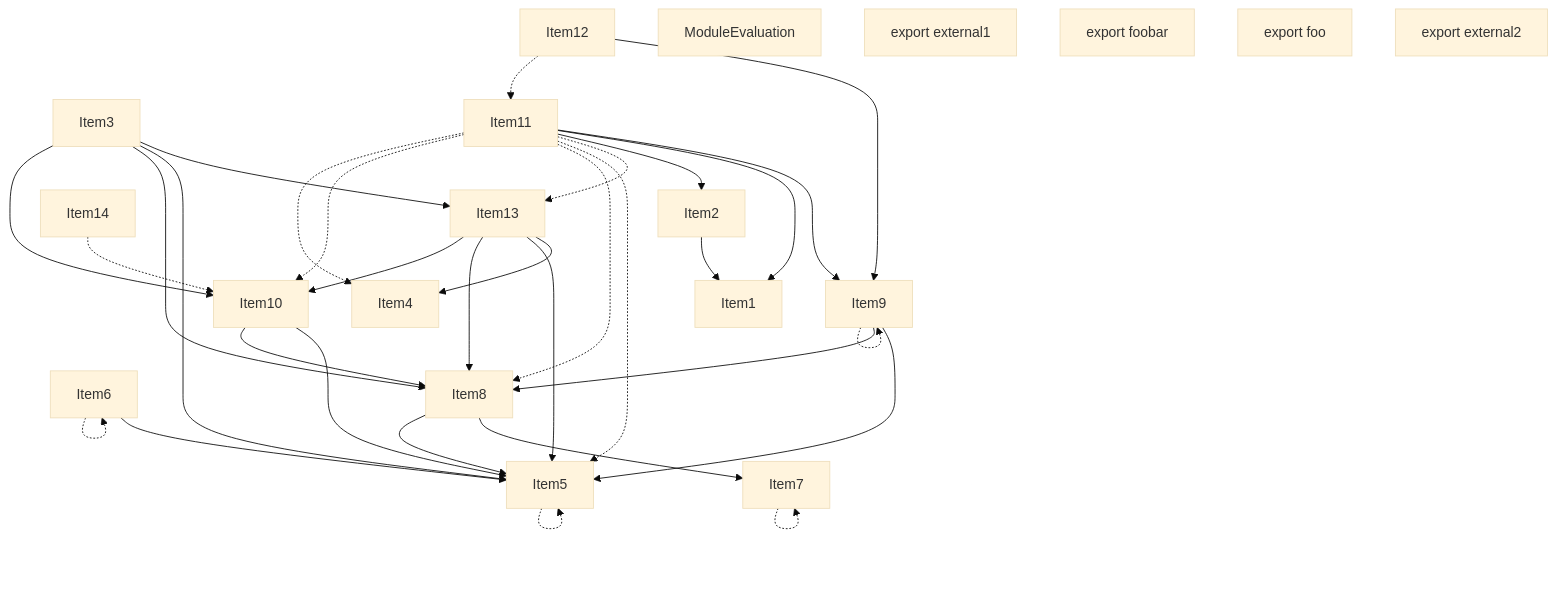
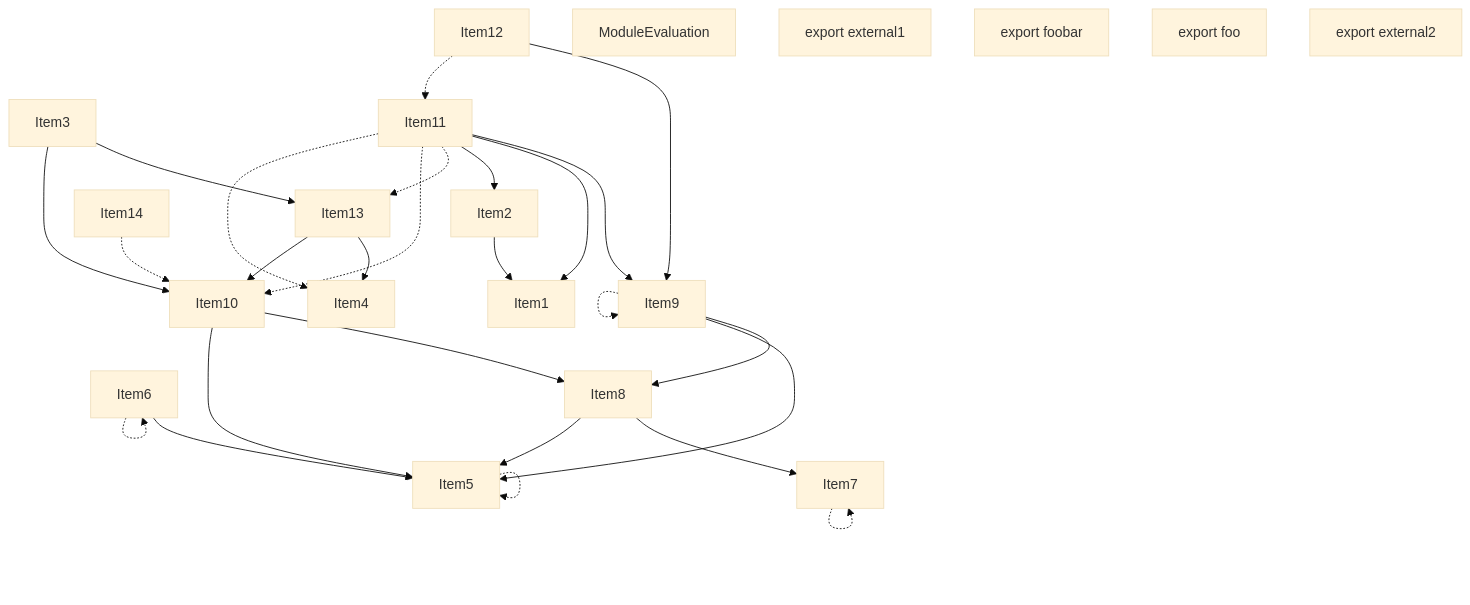
The third of 5 diagrams in crates/turbopack-ecmascript/tests/tree-shaker/analyzer/2/output.md (vercel/turborepo), drawn with Mermaid (base theme) before and after one commit. The commit also changed other lines of this file and 20 other files, not shown here.

````diff
--- a/crates/turbopack-ecmascript/tests/tree-shaker/analyzer/2/output.md
+++ b/crates/turbopack-ecmascript/tests/tree-shaker/analyzer/2/output.md
@@ -239,58 +237,52 @@
 ```mermaid
 graph TD
     Item3;
     Item1;
     Item4;
     Item5;
     Item6;
     Item7;
     Item8;
     Item9;
     Item10;
     Item11;
     Item12;
     Item13;
     Item14;
     Item2;
     Item15;
     Item15["ModuleEvaluation"];
     Item16;
     Item16["export external1"];
     Item17;
     Item17["export foobar"];
     Item18;
     Item18["export foo"];
     Item19;
     Item19["export external2"];
     Item2 --> Item1;
     Item5 -.-> Item5;
     Item6 --> Item5;
     Item6 -.-> Item6;
     Item7 -.-> Item7;
     Item8 --> Item7;
     Item8 --> Item5;
+    Item9 --> Item8;
     Item9 --> Item5;
-    Item9 --> Item8;
     Item9 -.-> Item9;
+    Item10 --> Item8;
     Item10 --> Item5;
-    Item10 --> Item8;
     Item11 --> Item9;
     Item11 --> Item1;
     Item11 --> Item2;
     Item11 -.-> Item13;
-    Item11 -.-> Item5;
-    Item11 -.-> Item8;
     Item11 -.-> Item10;
     Item11 -.-> Item4;
     Item12 --> Item9;
     Item12 -.-> Item11;
     Item3 --> Item13;
-    Item3 --> Item5;
-    Item3 --> Item8;
     Item3 --> Item10;
     Item13 --> Item4;
-    Item13 --> Item5;
-    Item13 --> Item8;
     Item13 --> Item10;
     Item14 -.-> Item10;
 ```
````
